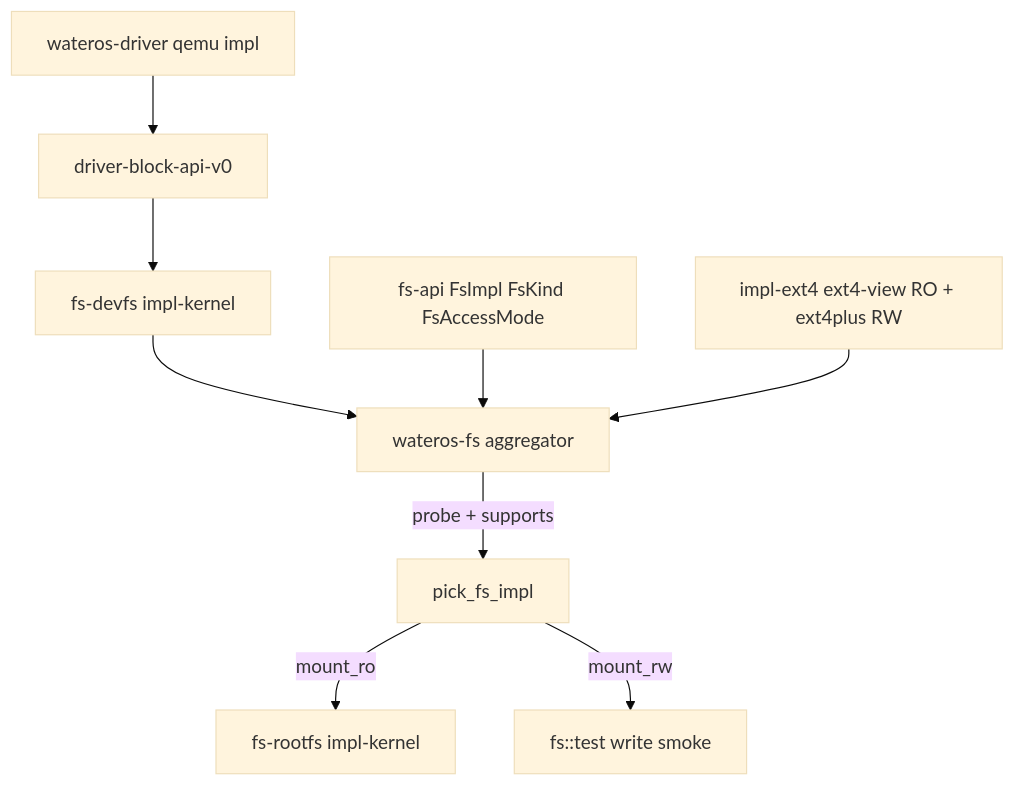
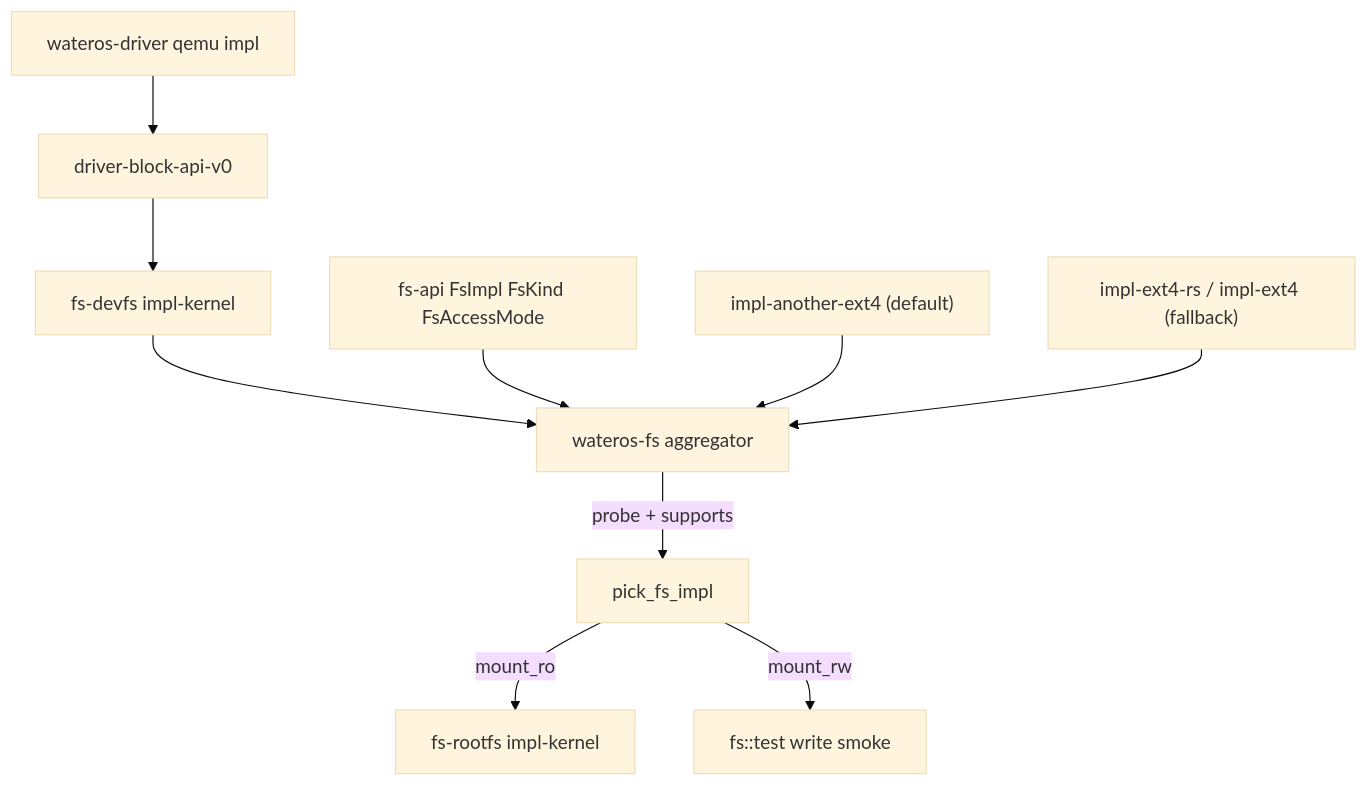
The diagram in docs/guides/filesystem-current.md (zhitian111/WaterOS), drawn with Mermaid (base theme) before and after one commit. The commit also changed other lines of this file and 51 other files, not shown here.

Commit message:
[ref] 再次更改 ext4 文件系统后端，转为使用 another_ext4 这个库

````diff
--- a/docs/guides/filesystem-current.md
+++ b/docs/guides/filesystem-current.md
@@ -68,11 +71,12 @@
 ```mermaid
 flowchart TD
   driver["wateros-driver qemu impl"] --> blockapi["driver-block-api-v0"]
   blockapi --> devfsImpl["fs-devfs impl-kernel"]
   devfsImpl --> agg["wateros-fs aggregator"]
   fsApi["fs-api FsImpl FsKind FsAccessMode"] --> agg
-  ext4Impl["impl-ext4 ext4-view RO + ext4plus RW"] --> agg
+  ext4Impl["impl-another-ext4 (default)"] --> agg
+  ext4Fallback["impl-ext4-rs / impl-ext4 (fallback)"] --> agg
   agg -->|"probe + supports"| pick["pick_fs_impl"]
   pick -->|mount_ro| rootfsImpl["fs-rootfs impl-kernel"]
   pick -->|mount_rw| rwSelfTest["fs::test write smoke"]
 ```
````
